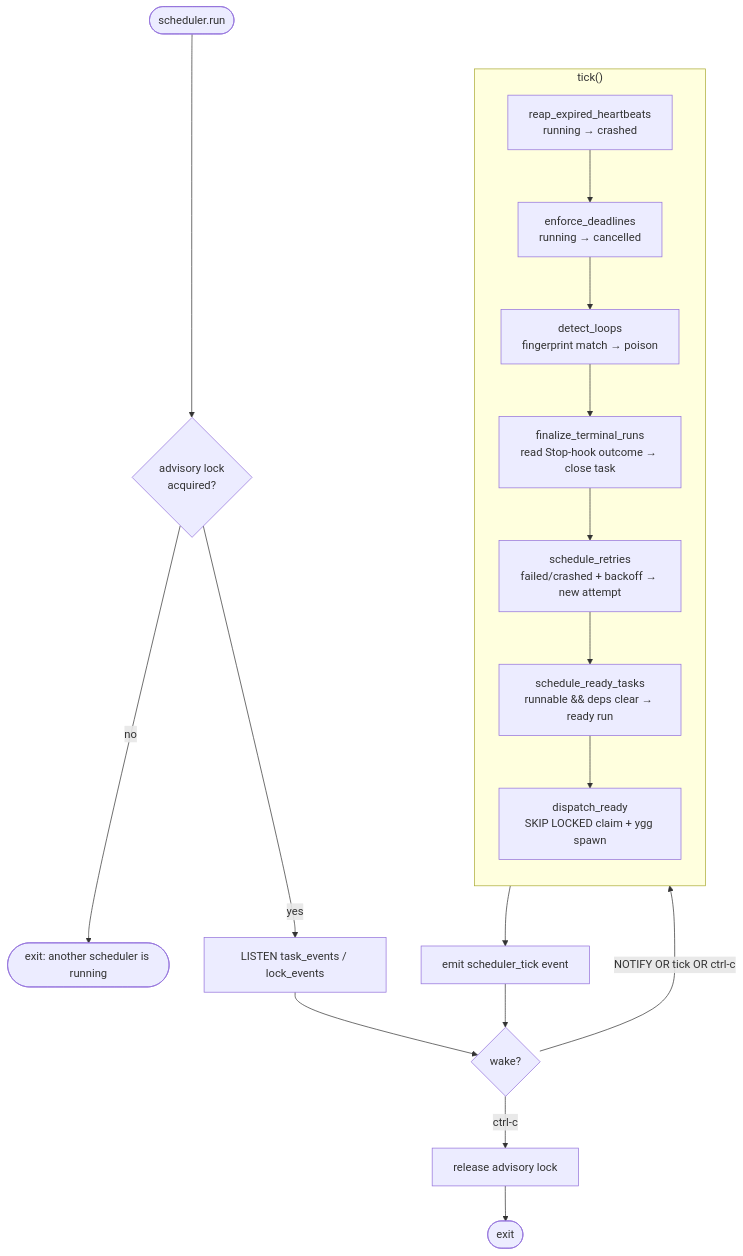
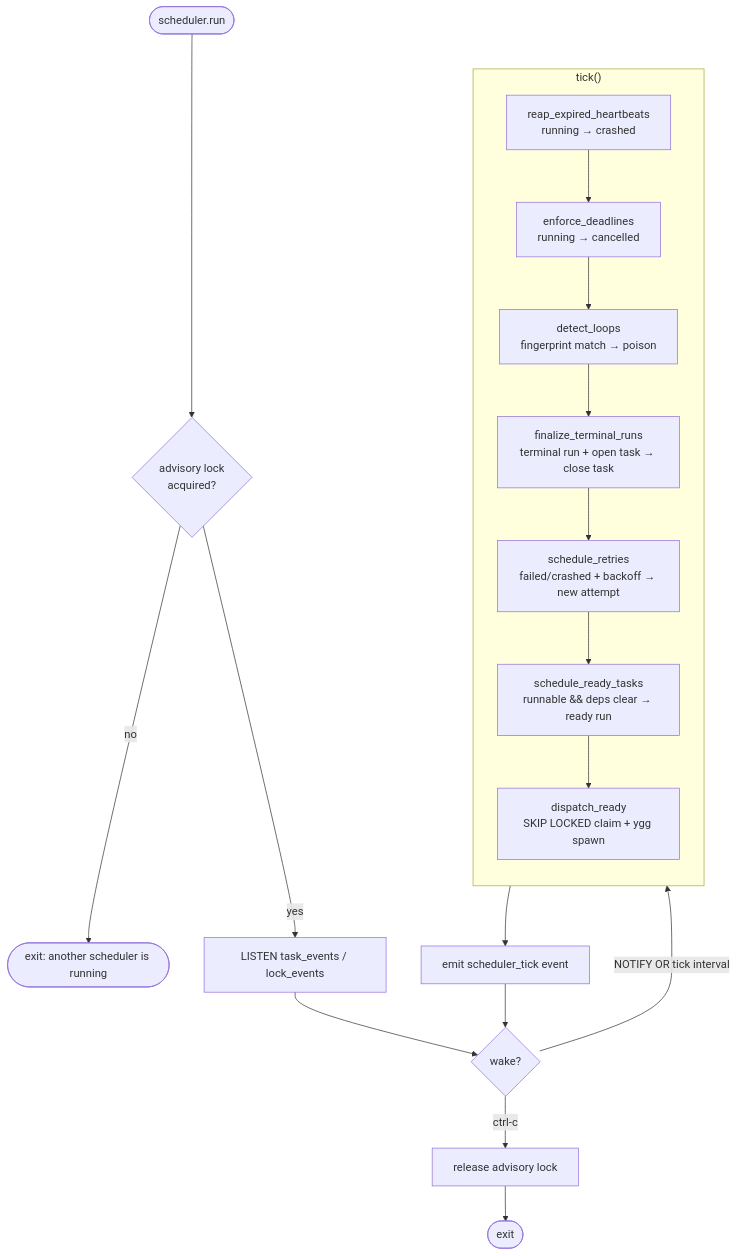
Before and after one commit to ng/yggdrasil: the diagram in docs/design/scheduler.md, drawn with Mermaid. The commit also changed other lines of this file and 91 other files, not shown here.

````diff
--- a/docs/design/scheduler.md
+++ b/docs/design/scheduler.md
@@ -38,25 +38,25 @@
 ```mermaid
 flowchart TD
     Start([scheduler.run]) --> Lock{advisory lock<br/>acquired?}
     Lock -- no --> Exit2([exit: another scheduler is running])
     Lock -- yes --> Listen[LISTEN task_events / lock_events]
     Listen --> Wait{wake?}
-    Wait -- NOTIFY OR tick OR ctrl-c --> Tick
+    Wait -- NOTIFY OR tick interval --> Tick
+    Wait -- ctrl-c --> Cleanup[release advisory lock]
 
     subgraph Tick["tick()"]
         direction TB
         S1[reap_expired_heartbeats<br/>running → crashed]
         S2[enforce_deadlines<br/>running → cancelled]
         S3[detect_loops<br/>fingerprint match → poison]
-        S4[finalize_terminal_runs<br/>read Stop-hook outcome → close task]
+        S4[finalize_terminal_runs<br/>terminal run + open task → close task]
         S5[schedule_retries<br/>failed/crashed + backoff → new attempt]
         S6[schedule_ready_tasks<br/>runnable && deps clear → ready run]
         S7[dispatch_ready<br/>SKIP LOCKED claim + ygg spawn]
         S1 --> S2 --> S3 --> S4 --> S5 --> S6 --> S7
     end
 
     Tick --> Emit[emit scheduler_tick event]
     Emit --> Wait
-    Wait -- ctrl-c --> Cleanup[release advisory lock]
     Cleanup --> Done([exit])
 ```
````
